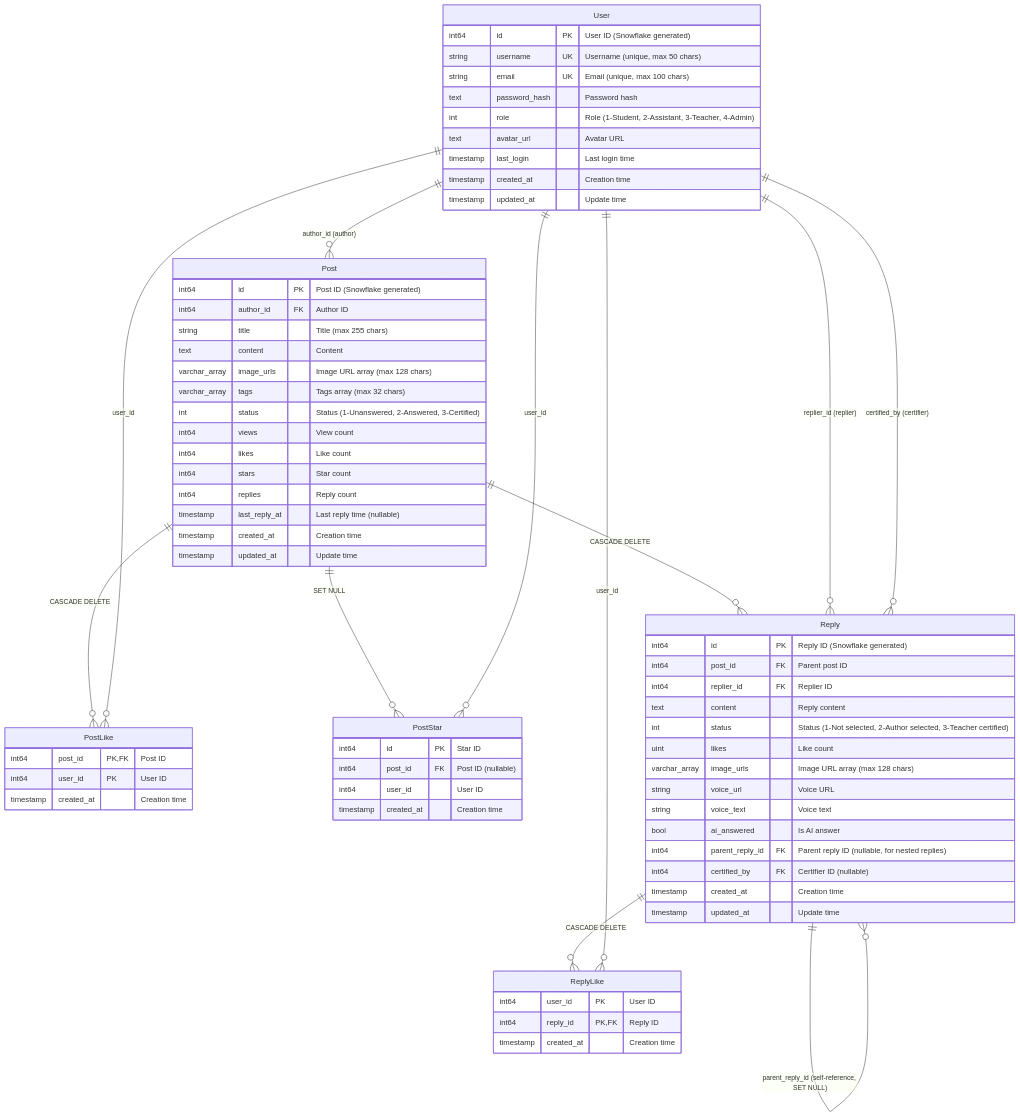
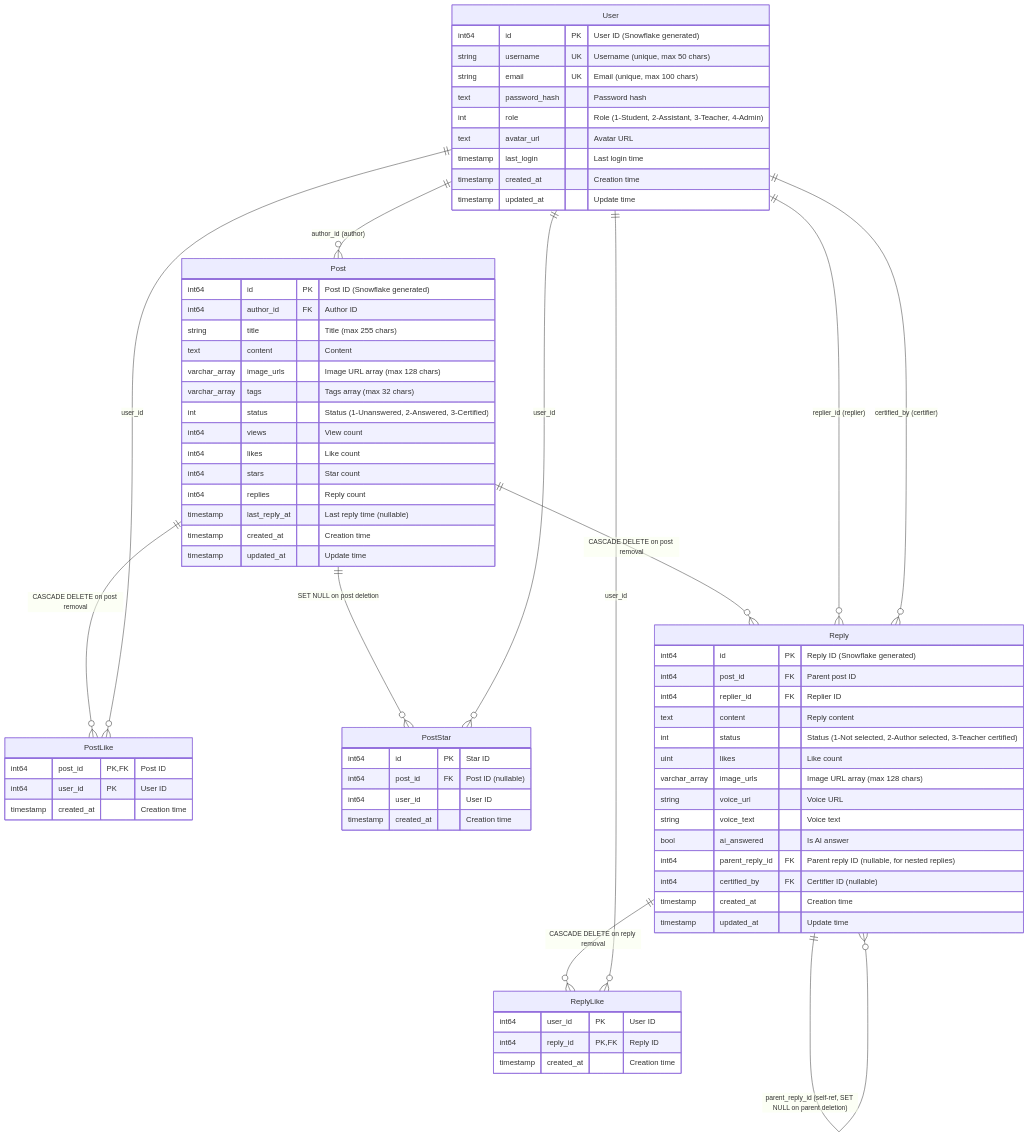
The diagram in Database-ER-Diagram.md (anlidy/HEUMathOverflow), drawn with Mermaid before and after one commit. The commit also changed other lines of this file and 1 other file, not shown here.

Commit message:
Address code review feedback: improve ER diagram clarity and design notes

```diff
--- a/Database-ER-Diagram.md
+++ b/Database-ER-Diagram.md
@@ -95,13 +95,13 @@
     User ||--o{ Post : "author_id (author)"
     
     %% Post relationships
-    Post ||--o{ PostLike : "CASCADE DELETE"
-    Post ||--o{ PostStar : "SET NULL"
-    Post ||--o{ Reply : "CASCADE DELETE"
+    Post ||--o{ PostLike : "CASCADE DELETE on post removal"
+    Post ||--o{ PostStar : "SET NULL on post deletion"
+    Post ||--o{ Reply : "CASCADE DELETE on post removal"
     
     %% Reply relationships
-    Reply ||--o{ ReplyLike : "CASCADE DELETE"
-    Reply ||--o{ Reply : "parent_reply_id (self-reference, SET NULL)"
+    Reply ||--o{ ReplyLike : "CASCADE DELETE on reply removal"
+    Reply ||--o{ Reply : "parent_reply_id (self-ref, SET NULL on parent deletion)"
     
     %% User to interactions (cross-database reference)
     User ||--o{ PostLike : "user_id"
```
